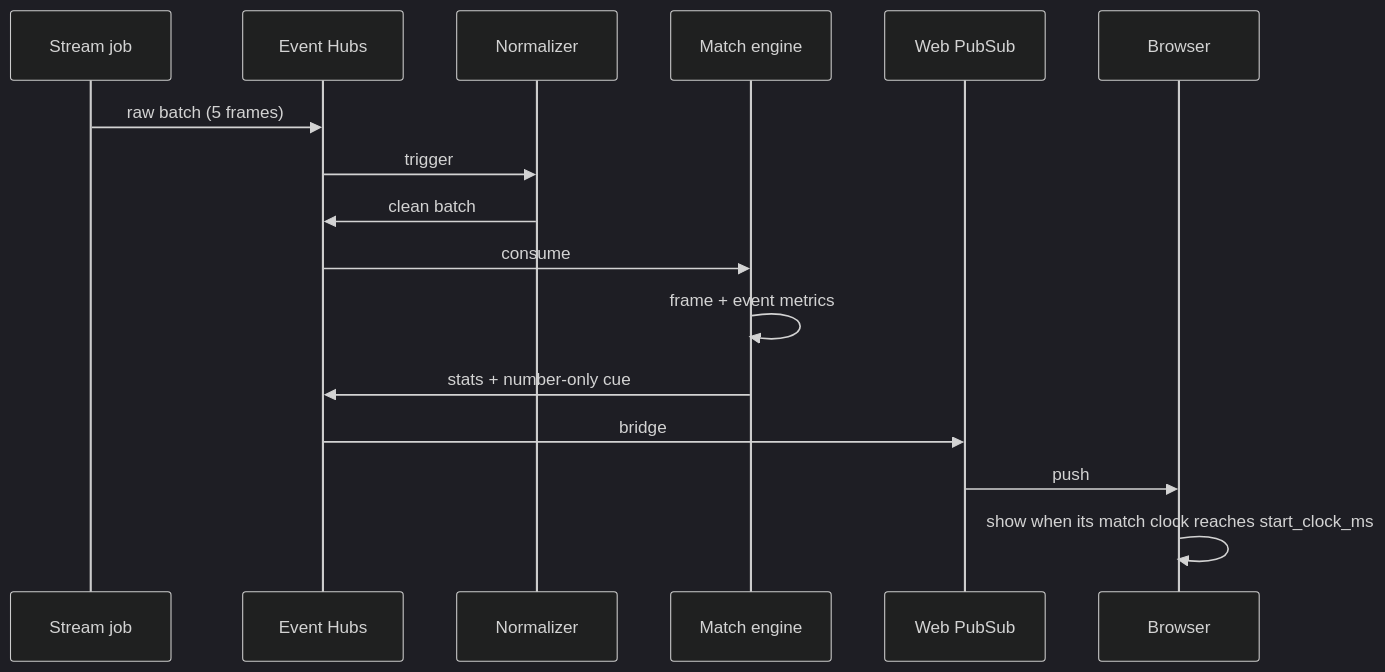
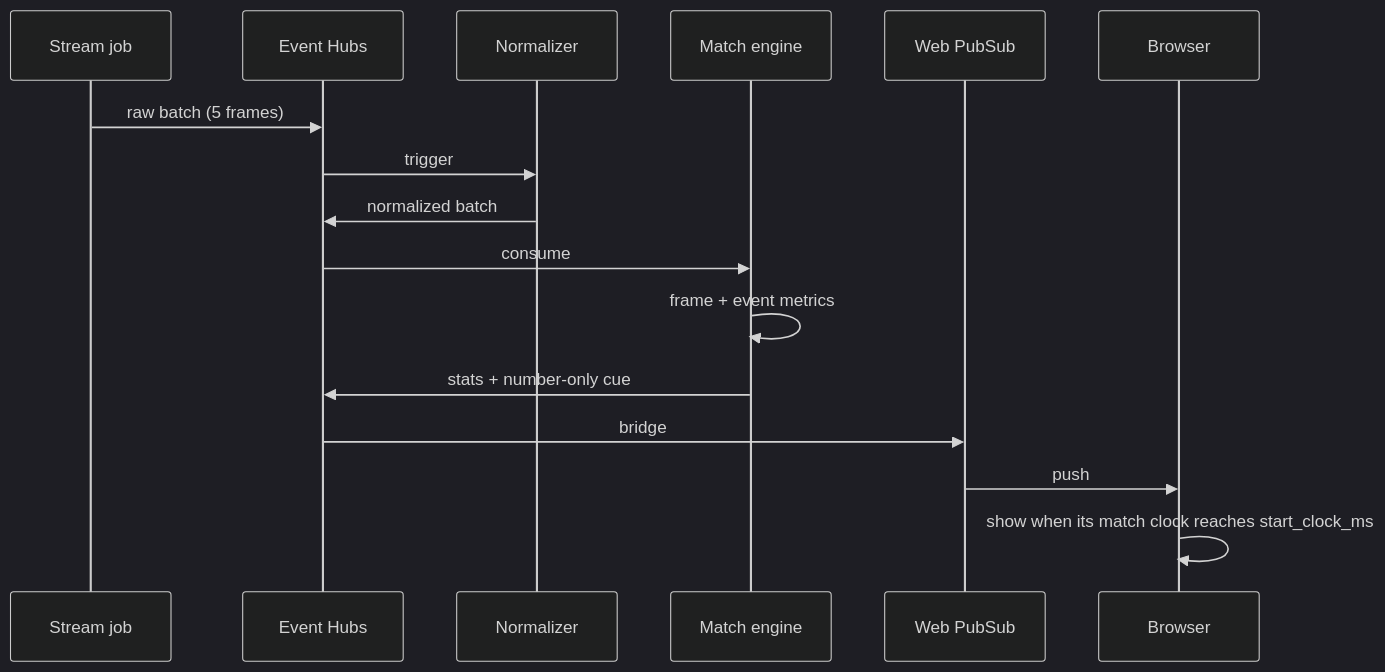
Before and after one commit to PRACHIT27/offball: the third of 5 diagrams in docs/design/hld.md, drawn with Mermaid (dark theme). The commit also changed other lines of this file and 8 other files, not shown here.

````diff
--- a/docs/design/hld.md
+++ b/docs/design/hld.md
@@ -232,18 +232,18 @@
 ```mermaid
 sequenceDiagram
   participant S as Stream job
   participant EH as Event Hubs
   participant N as Normalizer
   participant E as Match engine
   participant P as Web PubSub
   participant B as Browser
   S->>EH: raw batch (5 frames)
   EH->>N: trigger
-  N->>EH: clean batch
+  N->>EH: normalized batch
   EH->>E: consume
   E->>E: frame + event metrics
   E->>EH: stats + number-only cue
   EH->>P: bridge
   P->>B: push
   B->>B: show when its match clock reaches start_clock_ms
 ```
````
